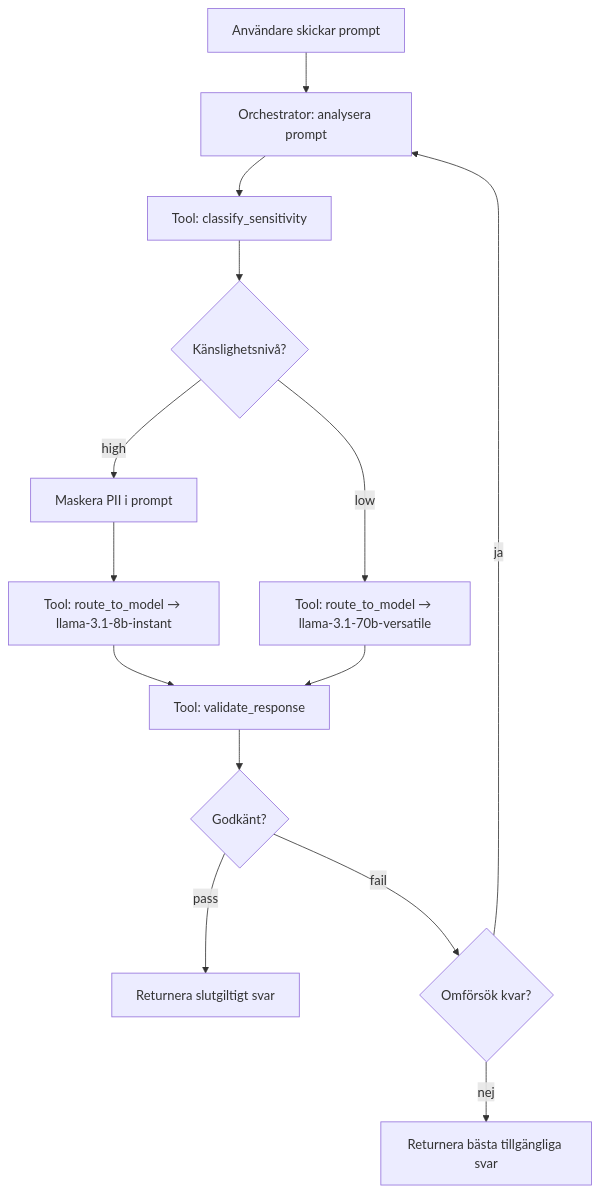
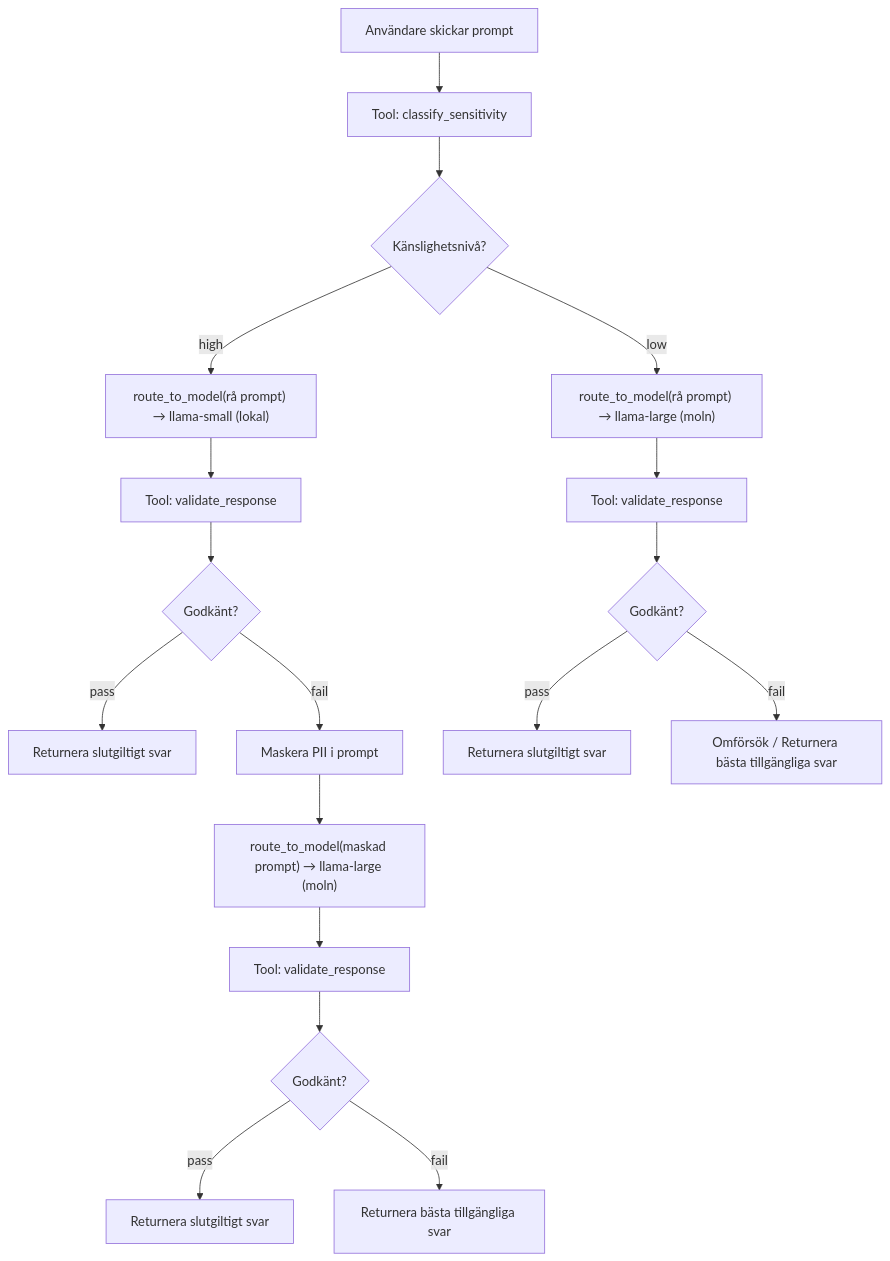
Before and after one commit to Abdriano95/c1tai1-lab2-prompt-router: the diagram in README.md, drawn with Mermaid. The commit also changed other lines of this file and 1 other file, not shown here.

Commit message:
update: improve agent validation logic and enhance routing model selection based on sensitivity levels; optimize evaluation results for better performance

````diff
--- a/README.md
+++ b/README.md
@@ -75,16 +76,20 @@
 ```mermaid
 flowchart TD
-    START[Användare skickar prompt] --> PLAN[Orchestrator: analysera prompt]
-    PLAN --> CLASSIFY[Tool: classify_sensitivity]
+    START[Användare skickar prompt] --> CLASSIFY[Tool: classify_sensitivity]
     CLASSIFY --> DECIDE{Känslighetsnivå?}
-    DECIDE -- high --> MASK[Maskera PII i prompt]
-    DECIDE -- low --> CLOUD[Tool: route_to_model → llama-3.1-70b-versatile]
-    MASK --> SECURE[Tool: route_to_model → llama-3.1-8b-instant]
-    SECURE --> VALIDATE[Tool: validate_response]
-    CLOUD --> VALIDATE
-    VALIDATE --> CHECK{Godkänt?}
-    CHECK -- pass --> DONE[Returnera slutgiltigt svar]
-    CHECK -- fail --> RETRY{Omförsök kvar?}
-    RETRY -- ja --> PLAN
-    RETRY -- nej --> FALLBACK[Returnera bästa tillgängliga svar]
+    DECIDE -- high --> LOCAL["route_to_model(rå prompt) → llama-small (lokal)"]
+    DECIDE -- low --> CLOUD["route_to_model(rå prompt) → llama-large (moln)"]
+    LOCAL --> VALIDATE1[Tool: validate_response]
+    CLOUD --> VALIDATE2[Tool: validate_response]
+    VALIDATE1 --> CHECK1{Godkänt?}
+    CHECK1 -- pass --> DONE1[Returnera slutgiltigt svar]
+    CHECK1 -- fail --> MASK[Maskera PII i prompt]
+    MASK --> ESCALATE["route_to_model(maskad prompt) → llama-large (moln)"]
+    ESCALATE --> VALIDATE3[Tool: validate_response]
+    VALIDATE3 --> CHECK2{Godkänt?}
+    CHECK2 -- pass --> DONE2[Returnera slutgiltigt svar]
+    CHECK2 -- fail --> FALLBACK[Returnera bästa tillgängliga svar]
+    VALIDATE2 --> CHECK3{Godkänt?}
+    CHECK3 -- pass --> DONE3[Returnera slutgiltigt svar]
+    CHECK3 -- fail --> RETRY[Omförsök / Returnera bästa tillgängliga svar]
 ```
````
